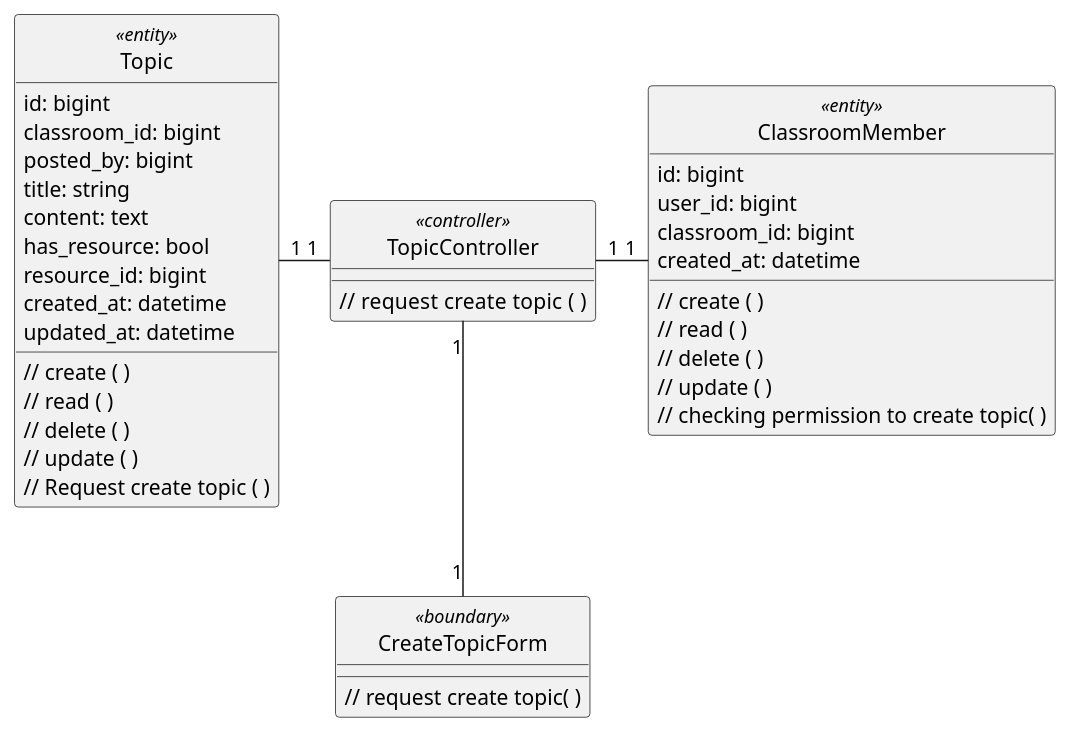
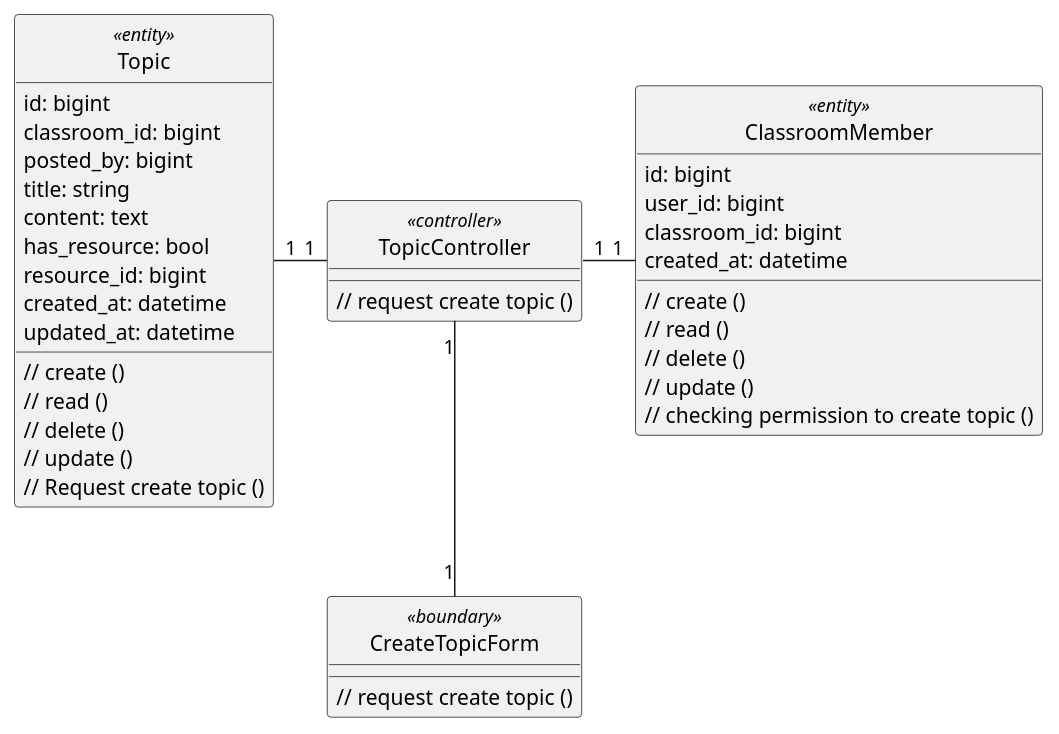
Before and after one commit to anonyhostvn/OOAD-Diagram: the diagram in class - analysis/topic/createTopic.plantuml, drawn with PlantUML. The commit also changed 18 other files, not shown here.

```diff
--- a/class - analysis/topic/createTopic.plantuml
+++ b/class - analysis/topic/createTopic.plantuml
@@ -1,52 +1,52 @@
 @startuml createTopic
 
 class Topic <<entity>> {
     id: bigint
     classroom_id: bigint
     posted_by: bigint
     title: string
     content: text
     has_resource: bool
     resource_id: bigint
     created_at: datetime
     updated_at: datetime
 
-    // create ( )
-    // read ( )
-    // delete ( )
-    // update ( )
-    // Request create topic ( )
+    // create ()
+    // read ()
+    // delete ()
+    // update ()
+    // Request create topic ()
 }
 
 class ClassroomMember <<entity>> {
     id: bigint
     user_id: bigint
     classroom_id: bigint
     created_at: datetime
 
-    // create ( )
-    // read ( )
-    // delete ( )
-    // update ( )
-    // checking permission to create topic( )
+    // create ()
+    // read ()
+    // delete ()
+    // update ()
+    // checking permission to create topic ()
 }
 
 class CreateTopicForm <<boundary>> {
-    // request create topic( )
+    // request create topic ()
 }
 
 class TopicController <<controller>> {
-    // request create topic  ( )
+    // request create topic ()
 }
 
 hide Topic <<entity>> circle
 hide CreateTopicForm <<boundary>> circle
 hide TopicController <<controller>> circle
 
 TopicController "1" -left- "1" Topic
 TopicController "1" -right- "1" ClassroomMember
 TopicController "1" -down- "1" CreateTopicForm
 
 
 
 @enduml
```
